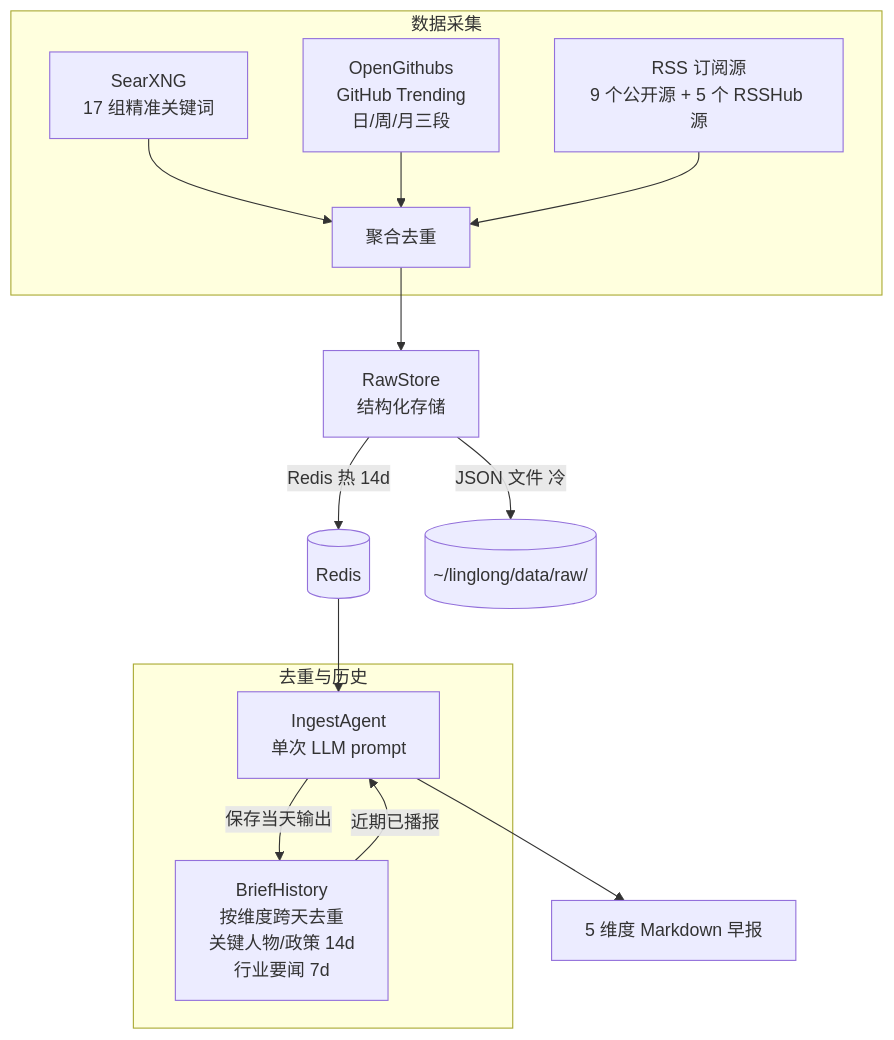
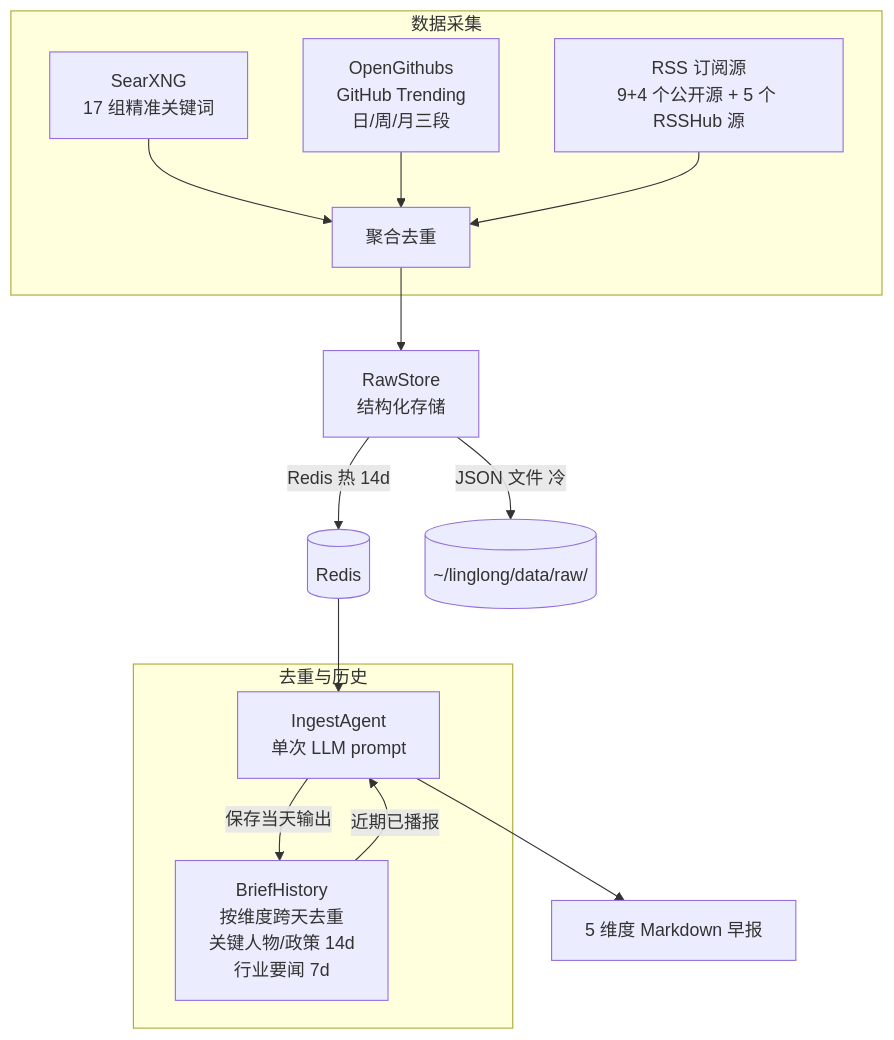
The diagram in docs/README.md (xinovate/linglong-scout), drawn with Mermaid before and after one commit. The commit also changed other lines of this file and 7 other files, not shown here.

````diff
--- a/docs/README.md
+++ b/docs/README.md
@@ -70,20 +71,20 @@
 ```mermaid
 graph TD
     subgraph 数据采集
         A1[SearXNG<br/>17 组精准关键词] --> D[聚合去重]
         A2[OpenGithubs<br/>GitHub Trending<br/>日/周/月三段] --> D
-        A3[RSS 订阅源<br/>9 个公开源 + 5 个 RSSHub 源] --> D
+        A3[RSS 订阅源<br/>9+4 个公开源 + 5 个 RSSHub 源] --> D
     end
 
     D --> R[RawStore<br/>结构化存储]
     R -->|Redis 热 14d| RH[(Redis)]
     R -->|JSON 文件 冷| RF[(~/linglong/data/raw/)]
 
     RH --> E[IngestAgent<br/>单次 LLM prompt]
     E --> F[5 维度 Markdown 早报]
 
     subgraph 去重与历史
         G[BriefHistory<br/>按维度跨天去重<br/>关键人物/政策 14d<br/>行业要闻 7d] -->|近期已播报| E
         E -->|保存当天输出| G
     end
 ```
````
